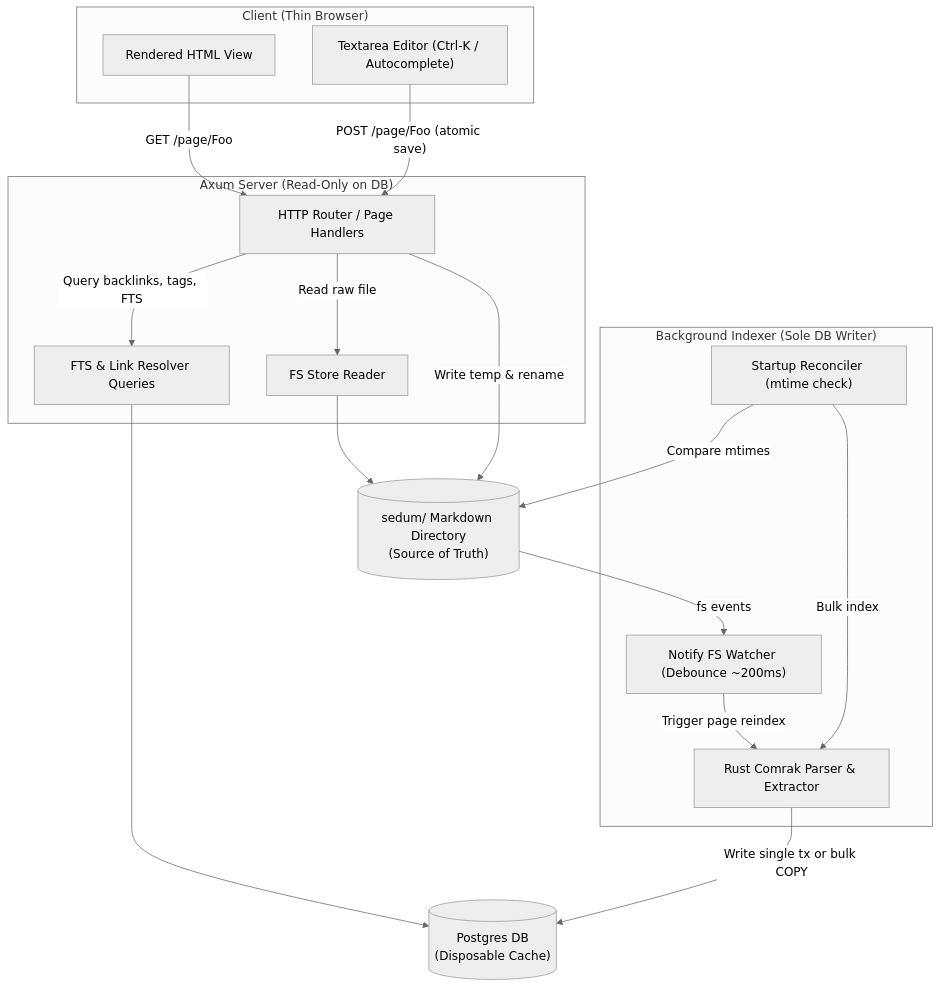
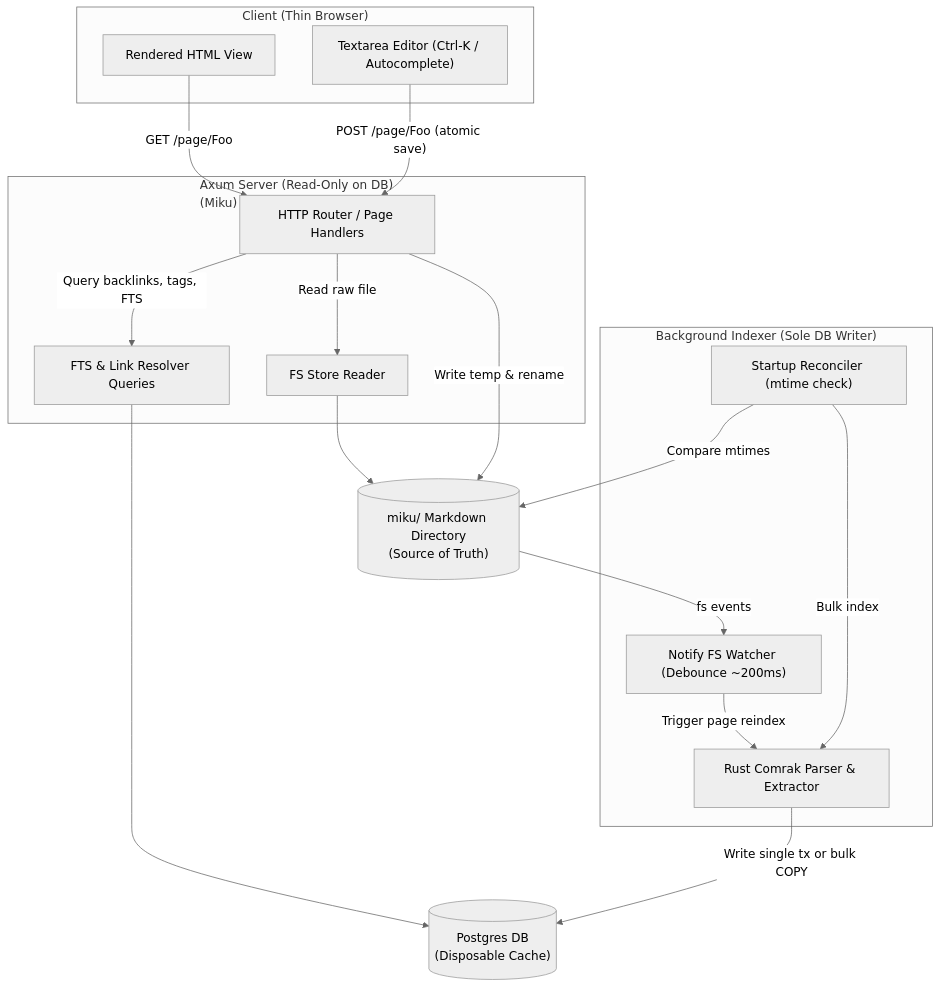
The diagram in docs/review_and_simulation.md (azusachino/sedum), drawn with Mermaid (neutral theme) before and after one commit. The commit also changed other lines of this file and 27 other files, not shown here.

First line of the commit message:
docs: rebrand sedum -> miku across docs and instructions

````diff
--- a/docs/review_and_simulation.md
+++ b/docs/review_and_simulation.md
@@ -25,37 +25,37 @@
 ```mermaid
 flowchart TD
     subgraph Browser ["Client (Thin Browser)"]
         UI["Rendered HTML View"]
         Edit["Textarea Editor (Ctrl-K / Autocomplete)"]
     end
 
-    subgraph Axum ["Axum Server (Read-Only on DB)"]
+    subgraph Axum ["Axum Server (Read-Only on DB)<br/>(Miku)"]
         Router["HTTP Router / Page Handlers"]
         Reader["FS Store Reader"]
         FTS["FTS & Link Resolver Queries"]
     end
 
     subgraph Indexer ["Background Indexer (Sole DB Writer)"]
         Watcher["Notify FS Watcher (Debounce ~200ms)"]
         Parser["Rust Comrak Parser & Extractor"]
         Reconciler["Startup Reconciler (mtime check)"]
     end
 
-    FS[("sedum/ Markdown Directory\n(Source of Truth)")]
+    FS[("miku/ Markdown Directory\n(Source of Truth)")]
     PG[("Postgres DB\n(Disposable Cache)")]
 
     UI -->|"GET /page/Foo"| Router
     Router -->|"Read raw file"| Reader
     Reader --> FS
     Router -->|"Query backlinks, tags, FTS"| FTS
     FTS --> PG
 
     Edit -->|"POST /page/Foo (atomic save)"| Router
     Router -->|"Write temp & rename"| FS
 
     FS -->|"fs events"| Watcher
     Watcher -->|"Trigger page reindex"| Parser
     Reconciler -->|"Compare mtimes"| FS
     Reconciler -->|"Bulk index"| Parser
     Parser -->|"Write single tx or bulk COPY"| PG
 ```
````
